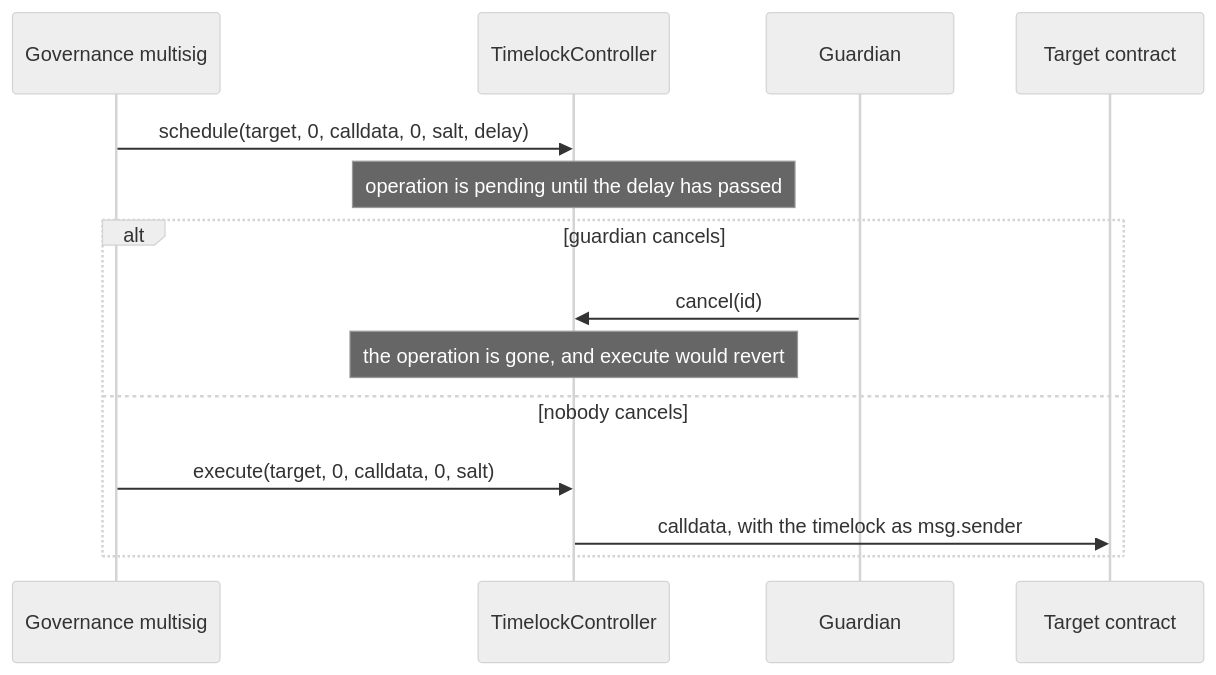
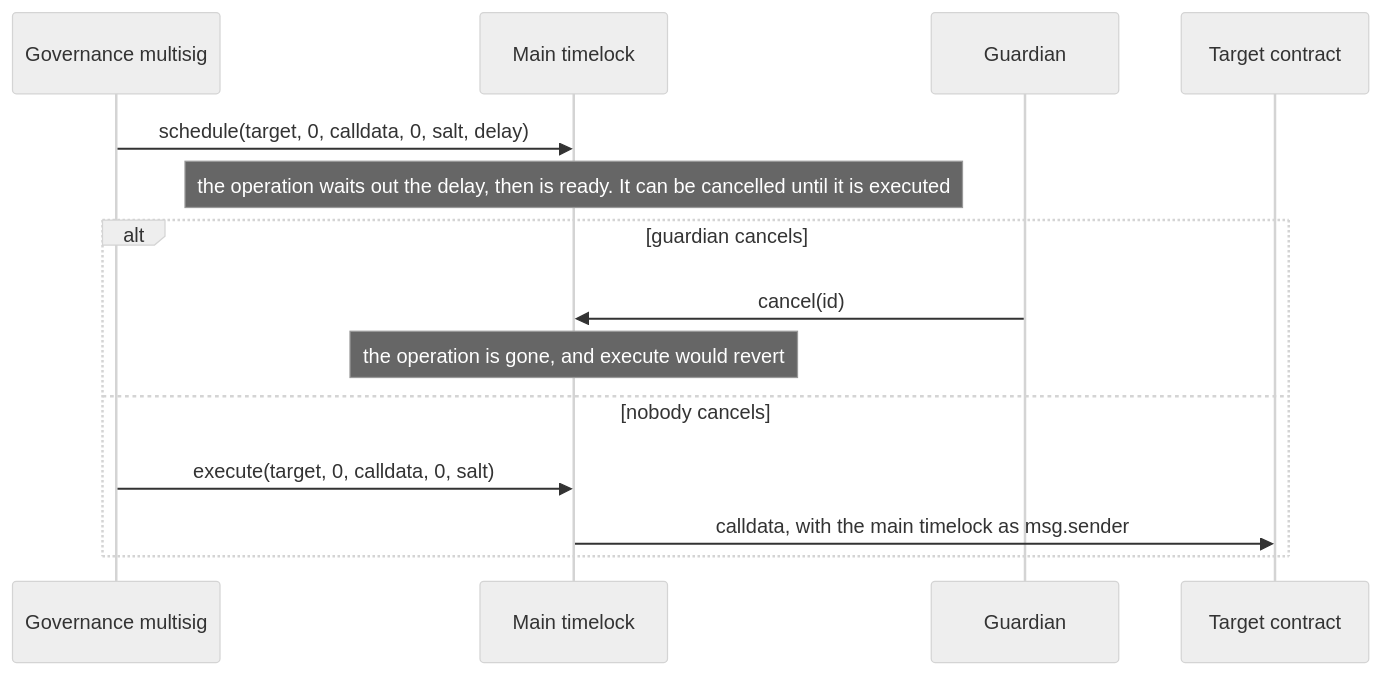
The first of 5 diagrams in docs/governance-and-deployment.md (fepvenancio/rwa-token), drawn with Mermaid (neutral theme) before and after one commit. The commit also changed other lines of this file and 7 other files, not shown here.

````diff
--- a/docs/governance-and-deployment.md
+++ b/docs/governance-and-deployment.md
@@ -19,16 +25,16 @@
 ```mermaid
 sequenceDiagram
   participant Gov as Governance multisig
-  participant TL as TimelockController
+  participant TL as Main timelock
   participant G as Guardian
   participant X as Target contract
   Gov->>TL: schedule(target, 0, calldata, 0, salt, delay)
-  Note over TL: operation is pending until the delay has passed
+  Note over TL: the operation waits out the delay, then is ready. It can be cancelled until it is executed
   alt guardian cancels
     G->>TL: cancel(id)
     Note over TL: the operation is gone, and execute would revert
   else nobody cancels
     Gov->>TL: execute(target, 0, calldata, 0, salt)
-    TL->>X: calldata, with the timelock as msg.sender
+    TL->>X: calldata, with the main timelock as msg.sender
   end
 ```
````
